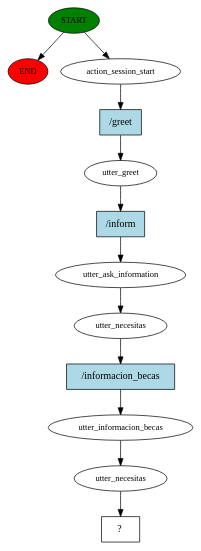
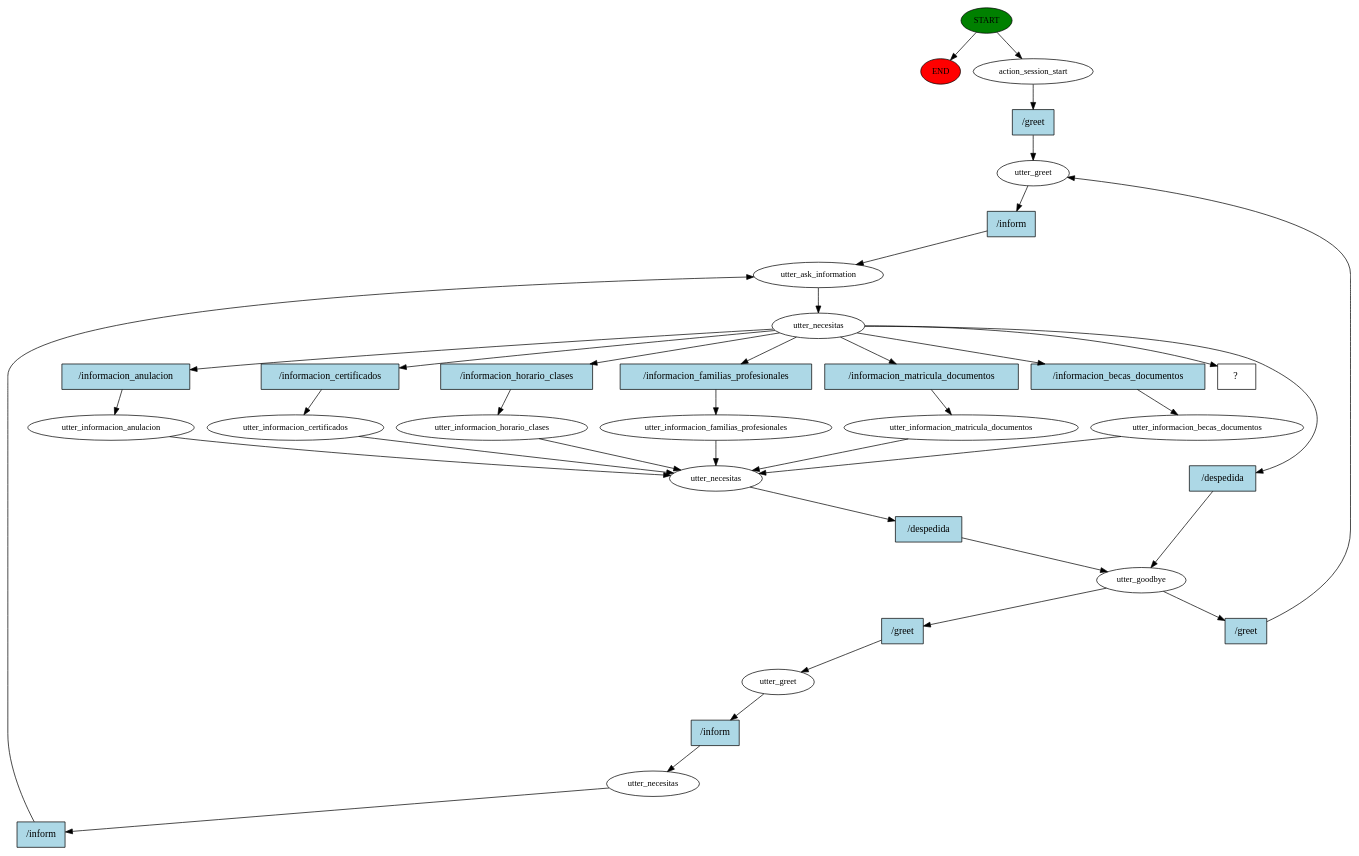
The diagram in rasa_proyecto - Copy/rasa_proyecto - Copy/story_graph.dot (KebabFan/reto_rasa), drawn with Graphviz before and after one commit. The commit also changed 16 other files, not shown here.

```diff
--- a/rasa_proyecto - Copy/rasa_proyecto - Copy/story_graph.dot
+++ b/rasa_proyecto - Copy/rasa_proyecto - Copy/story_graph.dot
@@ -1,25 +1,71 @@
 digraph  {
 0 [class="start active", fillcolor=green, fontsize=12, label=START, style=filled];
 "-1" [class=end, fillcolor=red, fontsize=12, label=END, style=filled];
 1 [class=active, fontsize=12, label=action_session_start];
 2 [class=active, fontsize=12, label=utter_greet];
 3 [class=active, fontsize=12, label=utter_ask_information];
 4 [class=active, fontsize=12, label=utter_necesitas];
-5 [class=active, fontsize=12, label=utter_informacion_becas];
-6 [class=active, fontsize=12, label=utter_necesitas];
-7 [class="intent dashed active", label="  ?  ", shape=rect];
-8 [class="intent active", fillcolor=lightblue, label="/greet", shape=rect, style=filled];
-9 [class="intent active", fillcolor=lightblue, label="/inform", shape=rect, style=filled];
-10 [class="intent active", fillcolor=lightblue, label="/informacion_becas", shape=rect, style=filled];
+5 [class=active, fontsize=12, label=utter_goodbye];
+6 [class=active, fontsize=12, label=utter_greet];
+7 [class=active, fontsize=12, label=utter_necesitas];
+10 [class=active, fontsize=12, label=utter_informacion_anulacion];
+11 [class=active, fontsize=12, label=utter_necesitas];
+16 [class=active, fontsize=12, label=utter_informacion_certificados];
+22 [class=active, fontsize=12, label=utter_informacion_horario_clases];
+28 [class=active, fontsize=12, label=utter_informacion_familias_profesionales];
+34 [class=active, fontsize=12, label=utter_informacion_matricula_documentos];
+40 [class=active, fontsize=12, label=utter_informacion_becas_documentos];
+46 [class="intent dashed active", label="  ?  ", shape=rect];
+47 [class="intent active", fillcolor=lightblue, label="/greet", shape=rect, style=filled];
+48 [class="intent active", fillcolor=lightblue, label="/inform", shape=rect, style=filled];
+49 [class="intent active", fillcolor=lightblue, label="/despedida", shape=rect, style=filled];
+50 [class="intent active", fillcolor=lightblue, label="/informacion_anulacion", shape=rect, style=filled];
+51 [class="intent active", fillcolor=lightblue, label="/informacion_certificados", shape=rect, style=filled];
+52 [class="intent active", fillcolor=lightblue, label="/informacion_horario_clases", shape=rect, style=filled];
+53 [class="intent active", fillcolor=lightblue, label="/informacion_familias_profesionales", shape=rect, style=filled];
+54 [class="intent active", fillcolor=lightblue, label="/informacion_matricula_documentos", shape=rect, style=filled];
+55 [class="intent active", fillcolor=lightblue, label="/informacion_becas_documentos", shape=rect, style=filled];
+56 [class="intent active", fillcolor=lightblue, label="/greet", shape=rect, style=filled];
+57 [class="intent active", fillcolor=lightblue, label="/greet", shape=rect, style=filled];
+58 [class="intent active", fillcolor=lightblue, label="/inform", shape=rect, style=filled];
+59 [class="intent active", fillcolor=lightblue, label="/inform", shape=rect, style=filled];
+60 [class="intent active", fillcolor=lightblue, label="/despedida", shape=rect, style=filled];
 0 -> "-1"  [class="", key=NONE, label=""];
 0 -> 1  [class=active, key=NONE, label=""];
-1 -> 8  [class=active, key=0];
-2 -> 9  [class=active, key=0];
+1 -> 47  [class=active, key=0];
+2 -> 48  [class=active, key=0];
 3 -> 4  [class=active, key=NONE, label=""];
-4 -> 10  [class=active, key=0];
-5 -> 6  [class=active, key=NONE, label=""];
-6 -> 7  [class=active, key=NONE, label=""];
-8 -> 2  [class=active, key=0];
-9 -> 3  [class=active, key=0];
-10 -> 5  [class=active, key=0];
+4 -> 46  [class=active, key=NONE, label=""];
+4 -> 49  [class=active, key=0];
+4 -> 50  [class=active, key=0];
+4 -> 51  [class=active, key=0];
+4 -> 52  [class=active, key=0];
+4 -> 53  [class=active, key=0];
+4 -> 54  [class=active, key=0];
+4 -> 55  [class=active, key=0];
+5 -> 56  [class=active, key=0];
+5 -> 57  [class=active, key=0];
+6 -> 58  [class=active, key=0];
+7 -> 59  [class=active, key=0];
+10 -> 11  [class=active, key=NONE, label=""];
+11 -> 60  [class=active, key=0];
+16 -> 11  [class=active, key=NONE, label=""];
+22 -> 11  [class=active, key=NONE, label=""];
+28 -> 11  [class=active, key=NONE, label=""];
+34 -> 11  [class=active, key=NONE, label=""];
+40 -> 11  [class=active, key=NONE, label=""];
+47 -> 2  [class=active, key=0];
+48 -> 3  [class=active, key=0];
+49 -> 5  [class=active, key=0];
+50 -> 10  [class=active, key=0];
+51 -> 16  [class=active, key=0];
+52 -> 22  [class=active, key=0];
+53 -> 28  [class=active, key=0];
+54 -> 34  [class=active, key=0];
+55 -> 40  [class=active, key=0];
+56 -> 6  [class=active, key=0];
+57 -> 2  [class=active, key=0];
+58 -> 7  [class=active, key=0];
+59 -> 3  [class=active, key=0];
+60 -> 5  [class=active, key=0];
 }
```
